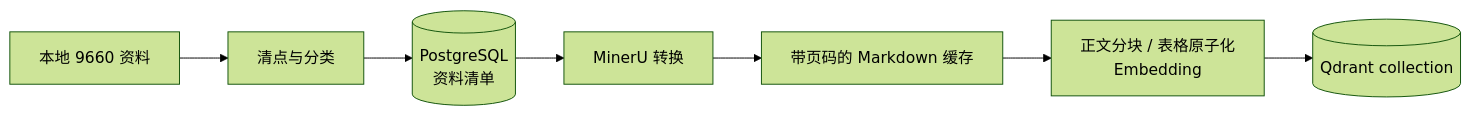
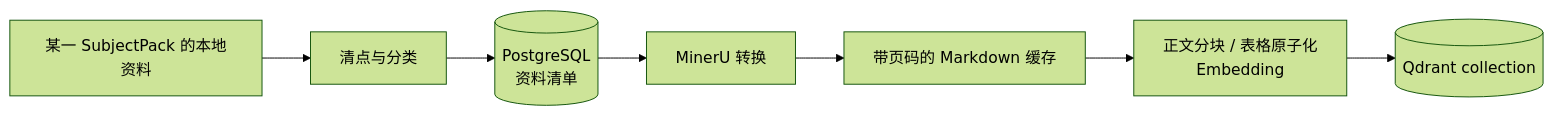
One commit to wide-sky-with-me/EXamTwin changed the first of 3 diagrams in codestable/spec/index.md. Above: the diagram before and after it, drawn with Mermaid (forest theme). The commit also changed other lines of this file and 134 other files, not shown here.

````diff
--- a/codestable/spec/index.md
+++ b/codestable/spec/index.md
@@ -54,9 +64,9 @@
 ```mermaid
 flowchart LR
-    A[本地 9660 资料] --> B[清点与分类]
+    A[某一 SubjectPack 的本地资料] --> B[清点与分类]
     B --> C[(PostgreSQL<br/>资料清单)]
     C --> D[MinerU 转换]
     D --> E[带页码的 Markdown 缓存]
     E --> F[正文分块 / 表格原子化<br/>Embedding]
     F --> G[(Qdrant collection)]
 ```
````
